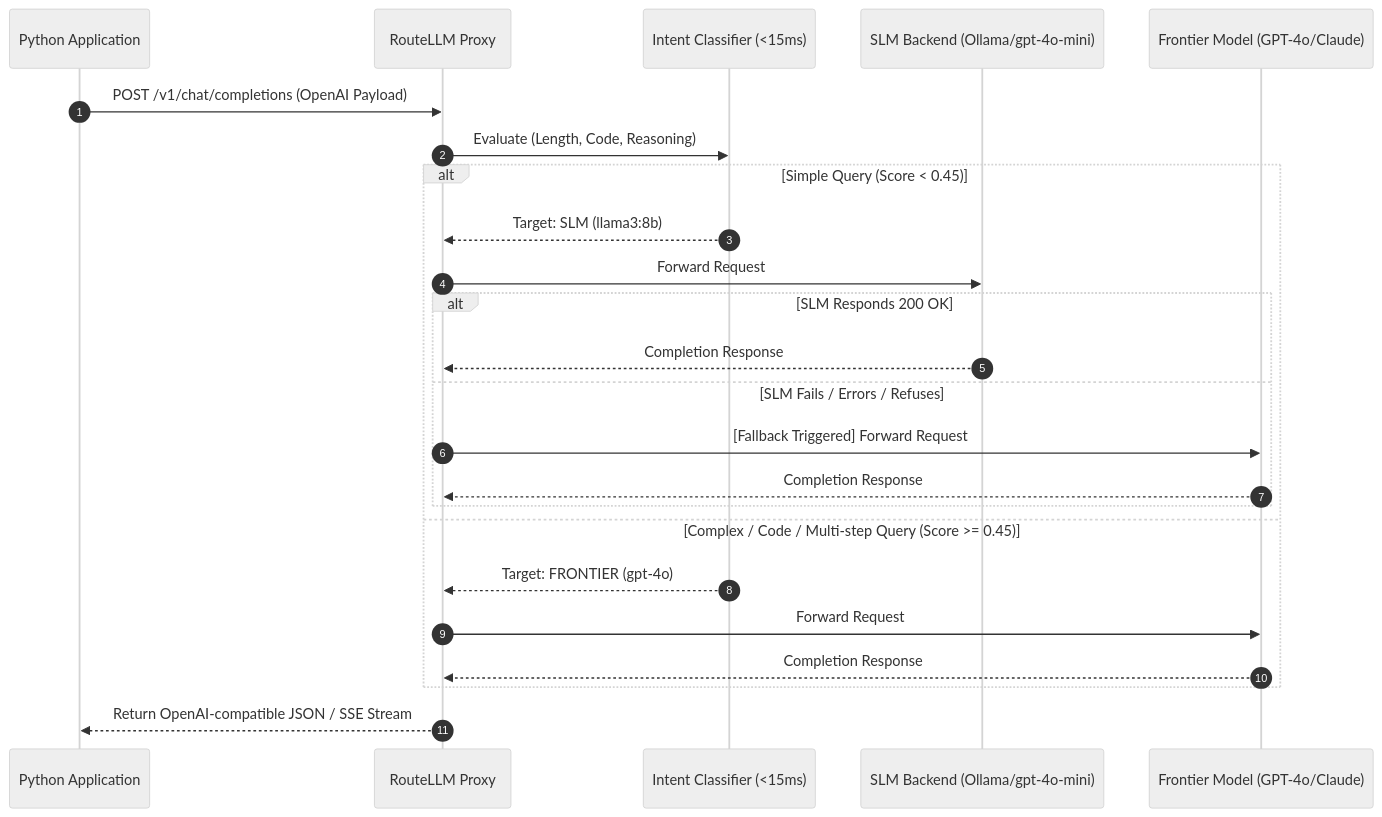
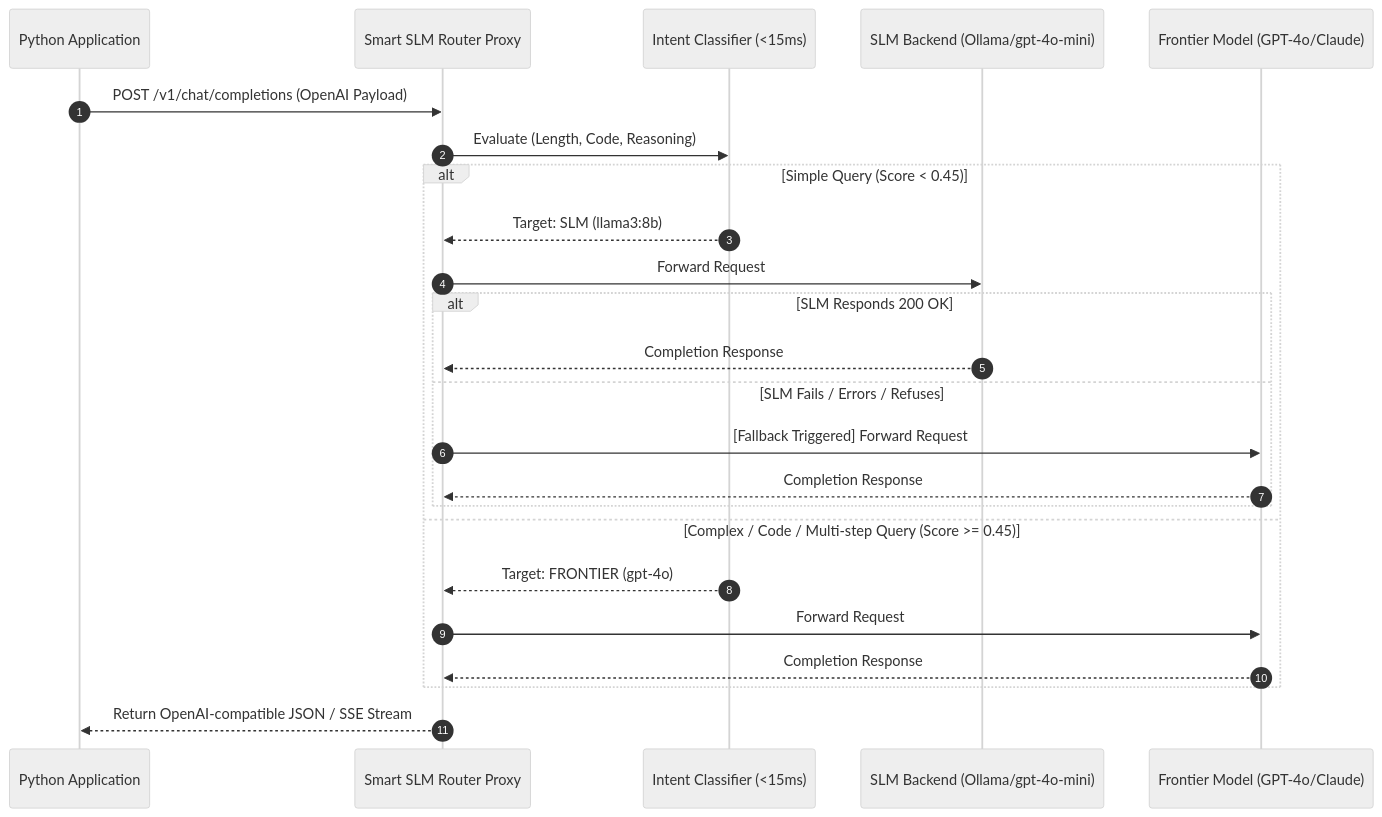
One commit to qmmughal/smart-slm-router changed the diagram in README.md. Above: the diagram before and after it, drawn with Mermaid (neutral theme). The commit also changed other lines of this file and 9 other files, not shown here.

Commit message:
refactor: rename project to smart-slm-router

````diff
--- a/README.md
+++ b/README.md
@@ -26,29 +26,29 @@
 ```mermaid
 sequenceDiagram
     autonumber
     participant App as Python Application
-    participant Proxy as RouteLLM Proxy
+    participant Proxy as Smart SLM Router Proxy
     participant Classifier as Intent Classifier (<15ms)
     participant SLM as SLM Backend (Ollama/gpt-4o-mini)
     participant Frontier as Frontier Model (GPT-4o/Claude)
 
     App->>Proxy: POST /v1/chat/completions (OpenAI Payload)
     Proxy->>Classifier: Evaluate (Length, Code, Reasoning)
     
     alt Simple Query (Score < 0.45)
         Classifier-->>Proxy: Target: SLM (llama3:8b)
         Proxy->>SLM: Forward Request
         alt SLM Responds 200 OK
             SLM-->>Proxy: Completion Response
         else SLM Fails / Errors / Refuses
             Proxy->>Frontier: [Fallback Triggered] Forward Request
             Frontier-->>Proxy: Completion Response
         end
     else Complex / Code / Multi-step Query (Score >= 0.45)
         Classifier-->>Proxy: Target: FRONTIER (gpt-4o)
         Proxy->>Frontier: Forward Request
         Frontier-->>Proxy: Completion Response
     end
 
     Proxy-->>App: Return OpenAI-compatible JSON / SSE Stream
 ```
````
